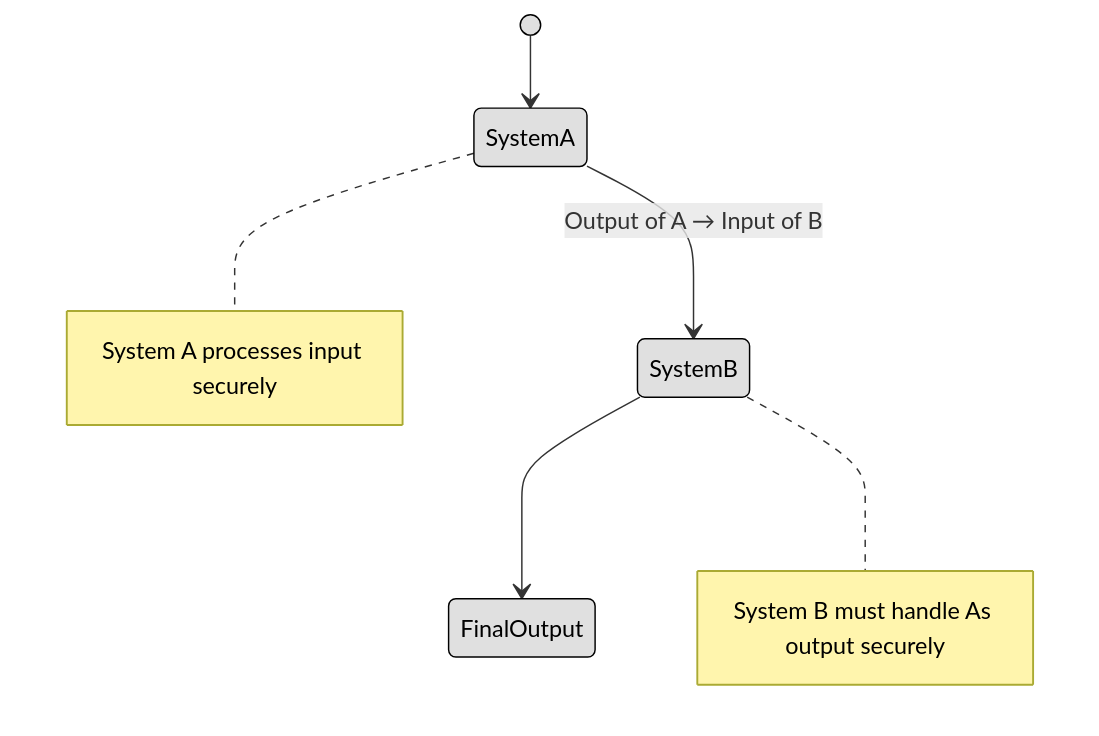
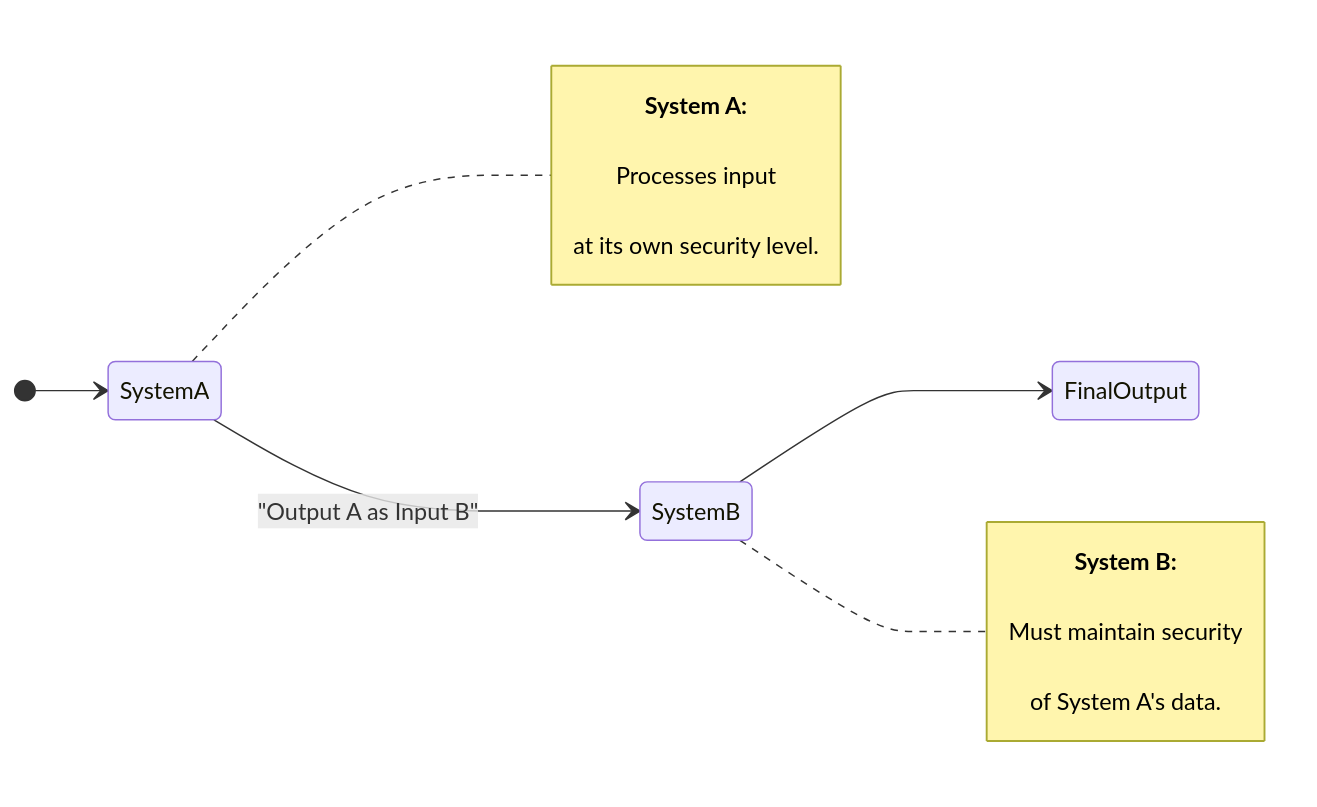
The second of 15 diagrams in DOMAIN3: Security Architecture and Engineering/3.02 Understand the fundamental concepts of security models (e.g. Biba, Star Model, Bell Lapadula).md (lorenzoleonelli/CISSP-Zero-to-Hero), drawn with Mermaid before and after one commit. The commit also changed other lines of this file, not shown here.

Commit message:
Update 3.02 Understand the fundamental concepts of security models (e.g. Biba, Star Model, Bell Lapadula).md

````diff
--- a/DOMAIN3: Security Architecture and Engineering/3.02 Understand the fundamental concepts of security models (e.g. Biba, Star Model, Bell Lapadula).md
+++ b/DOMAIN3: Security Architecture and Engineering/3.02 Understand the fundamental concepts of security models (e.g. Biba, Star Model, Bell Lapadula).md
@@ -37,17 +43,20 @@
 ```mermaid
 stateDiagram-v2
+    direction LR
+
     [*] --> SystemA
-    SystemA --> SystemB : Output of A → Input of B
+    SystemA --> SystemB : "Output A as Input B"
     SystemB --> FinalOutput
 
     note right of SystemA
-      System A processes input securely
+        <b>System A:</b>
+        <br/>Processes input
+        <br/>at its own security level.
     end note
 
     note right of SystemB
-      System B must handle As output securely
+        <b>System B:</b>
+        <br/>Must maintain security
+        <br/>of System A's data.
     end note
-
-    classDef center fill:#ffffff,color:#000000,stroke:#000000,stroke-width:1px,font-weight:bold
-    classDef node fill:#e0e0e0,color:#000000,stroke:#000000,stroke-width:1px
 ```
````
